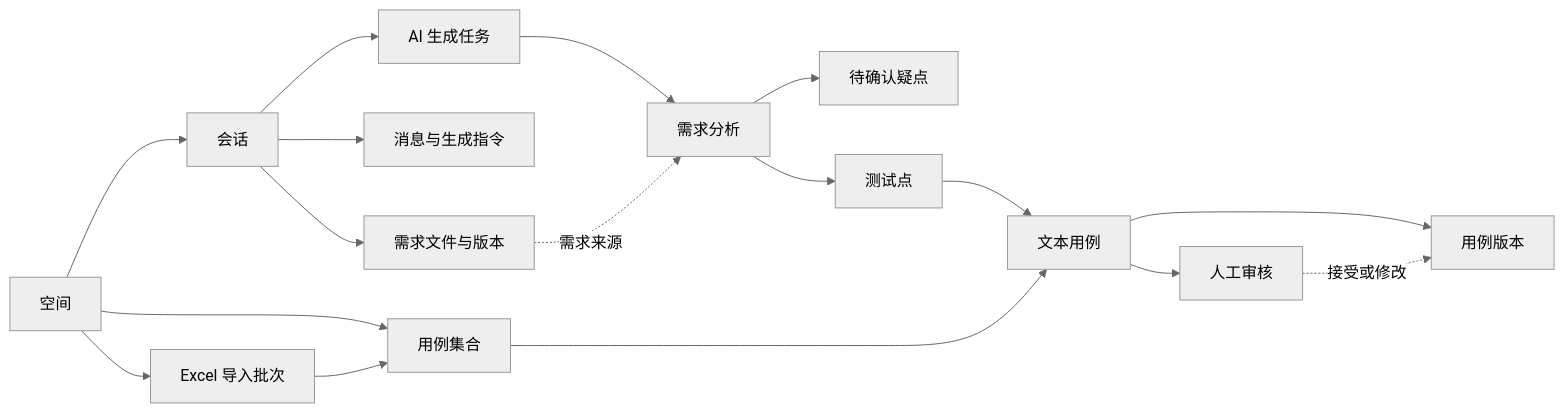
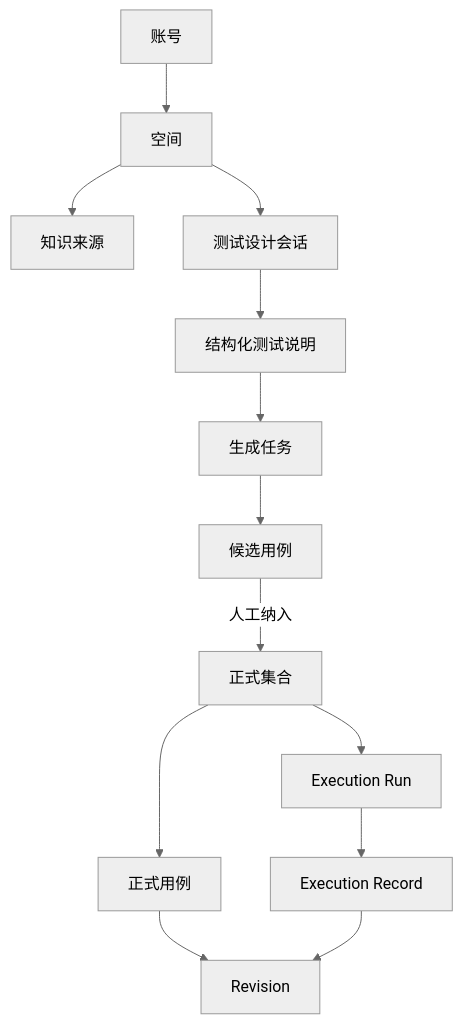
Before and after one commit to ruzhanzou/case_pilot: the diagram in docs/product-design-v1.md, drawn with Mermaid (neutral theme). The commit also changed other lines of this file and 98 other files, not shown here.

````diff
--- a/docs/product-design-v1.md
+++ b/docs/product-design-v1.md
@@ -83,19 +40,15 @@
 ```mermaid
-flowchart LR
-    SP["空间"] --> CS["用例集合"]
-    SP --> S["会话"]
-    SP --> I["Excel 导入批次"]
-    I --> CS
-    S --> M["消息与生成指令"]
-    S --> D["需求文件与版本"]
-    S --> R["AI 生成任务"]
-    R --> A["需求分析"]
-    A --> Q["待确认疑点"]
-    A --> T["测试点"]
-    T --> C["文本用例"]
-    CS --> C
-    C --> V["用例版本"]
-    C --> H["人工审核"]
-    D -.需求来源.-> A
-    H -.接受或修改.-> V
+flowchart TD
+  Account["账号"] --> Space["空间"]
+  Space --> Knowledge["知识来源"]
+  Space --> Conversation["测试设计会话"]
+  Conversation --> Brief["结构化测试说明"]
+  Brief --> Job["生成任务"]
+  Job --> Candidate["候选用例"]
+  Candidate -->|"人工纳入"| Collection["正式集合"]
+  Collection --> Case["正式用例"]
+  Case --> Revision["Revision"]
+  Collection --> Run["Execution Run"]
+  Run --> Record["Execution Record"]
+  Record --> Revision
 ```
````
